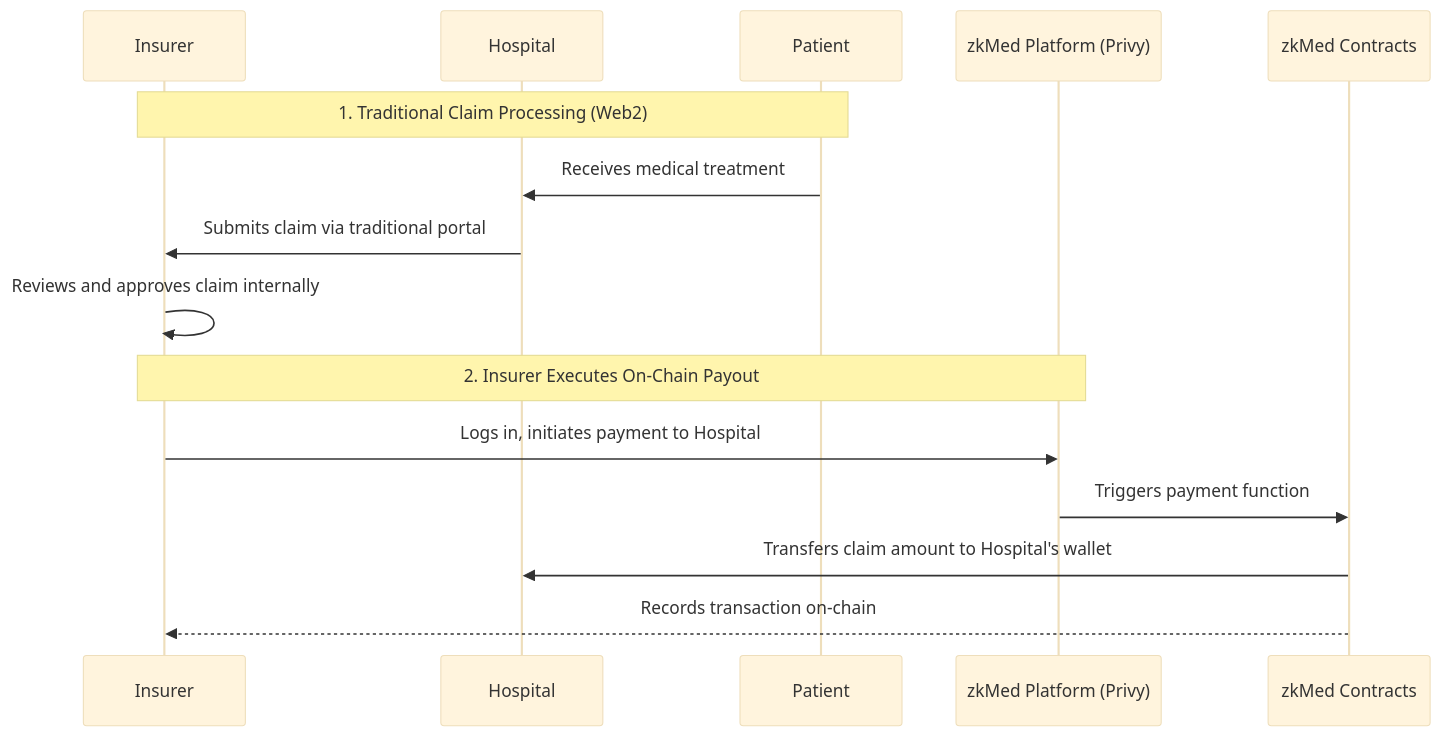
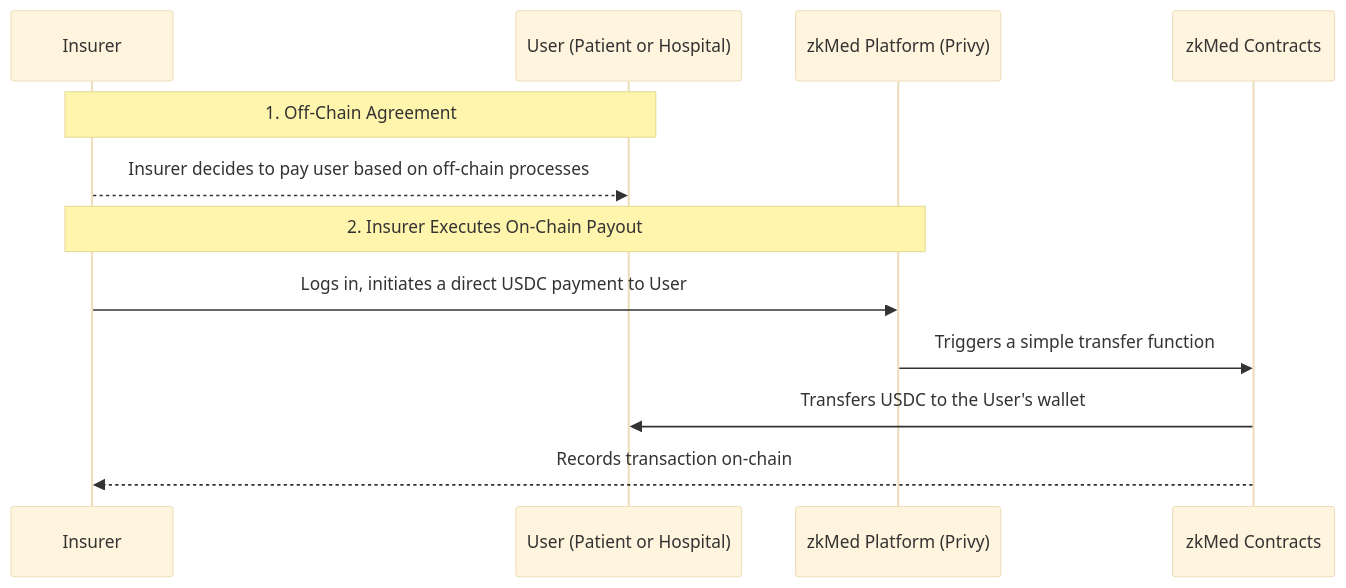
The third of 6 diagrams in README.md (ppezzull/zkMed), drawn with Mermaid (base theme) before and after one commit. The commit also changed other lines of this file, not shown here.

````diff
--- a/README.md
+++ b/README.md
@@ -110,19 +110,16 @@
 ```mermaid
 sequenceDiagram
     participant I as Insurer
-    participant H as Hospital
-    participant P as Patient
+    participant U as User (Patient or Hospital)
     participant Privy as zkMed Platform (Privy)
     participant ZK as zkMed Contracts
 
-    Note over I,P: 1. Traditional Claim Processing (Web2)
-    P->>H: Receives medical treatment
-    H->>I: Submits claim via traditional portal
-    I->>I: Reviews and approves claim internally
+    Note over I,U: 1. Off-Chain Agreement
+    I-->>U: Insurer decides to pay user based on off-chain processes
 
     Note over I,Privy: 2. Insurer Executes On-Chain Payout
-    I->>Privy: Logs in, initiates payment to Hospital
-    Privy->>ZK: Triggers payment function
-    ZK->>H: Transfers claim amount to Hospital's wallet
+    I->>Privy: Logs in, initiates a direct USDC payment to User
+    Privy->>ZK: Triggers a simple transfer function
+    ZK->>U: Transfers USDC to the User's wallet
     ZK-->>I: Records transaction on-chain
 ```
````
